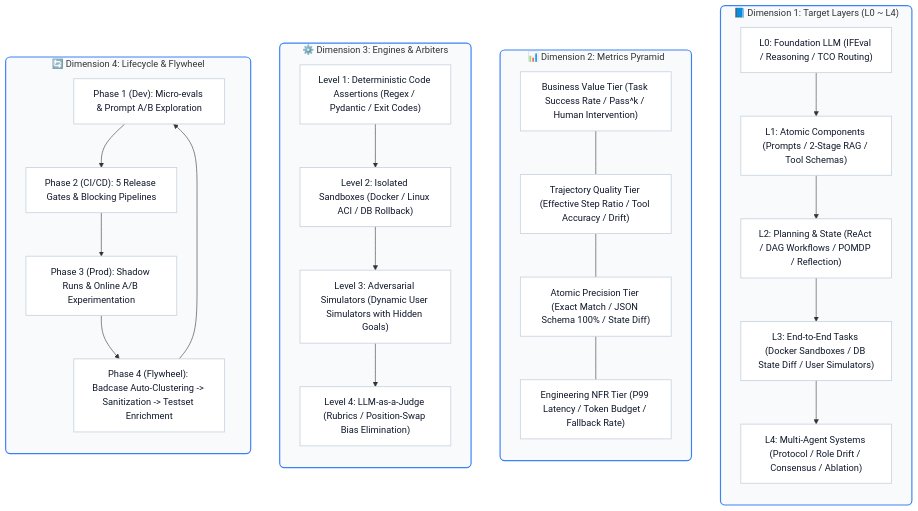
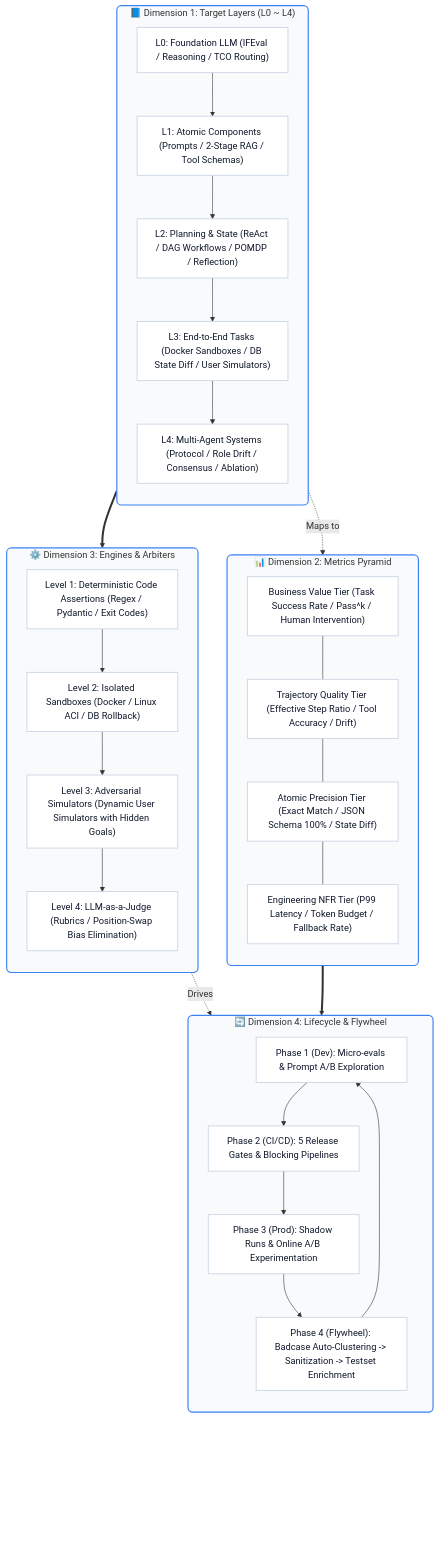
One commit to Anlon-27/awesome-agent-eval changed the diagram in README_EN.md. Above: the diagram before and after it, drawn with Mermaid. The commit also changed 2 other files, not shown here.

Commit message:
style(docs): Add bottom-right safe padding to Mermaid diagrams to prevent GitHub zoom controls occlusion

````diff
--- a/README_EN.md
+++ b/README_EN.md
@@ -28,50 +28,60 @@
 ```mermaid
 flowchart TD
     classDef stageBox fill:#f8fafc,stroke:#3b82f6,stroke-width:2px,rx:8px,ry:8px;
     classDef stepNode fill:#ffffff,stroke:#cbd5e1,stroke-width:1.5px,color:#0f172a;
 
     subgraph D1["📘 Dimension 1: Target Layers (L0 ~ L4)"]
         direction TB
         L0["L0: Foundation LLM (IFEval / Reasoning / TCO Routing)"]
         L1["L1: Atomic Components (Prompts / 2-Stage RAG / Tool Schemas)"]
         L2["L2: Planning & State (ReAct / DAG Workflows / POMDP / Reflection)"]
         L3["L3: End-to-End Tasks (Docker Sandboxes / DB State Diff / User Simulators)"]
         L4["L4: Multi-Agent Systems (Protocol / Role Drift / Consensus / Ablation)"]
         L0 --> L1 --> L2 --> L3 --> L4
     end
-    class D1 stageBox;
-    class L0,L1,L2,L3,L4 stepNode;
 
     subgraph D2["📊 Dimension 2: Metrics Pyramid"]
         direction TB
         M1["Business Value Tier (Task Success Rate / Pass^k / Human Intervention)"]
         M2["Trajectory Quality Tier (Effective Step Ratio / Tool Accuracy / Drift)"]
         M3["Atomic Precision Tier (Exact Match / JSON Schema 100% / State Diff)"]
         M4["Engineering NFR Tier (P99 Latency / Token Budget / Fallback Rate)"]
         M1 --- M2 --- M3 --- M4
     end
-    class D2 stageBox;
-    class M1,M2,M3,M4 stepNode;
 
     subgraph D3["⚙️ Dimension 3: Engines & Arbiters"]
         direction TB
         E1["Level 1: Deterministic Code Assertions (Regex / Pydantic / Exit Codes)"]
         E2["Level 2: Isolated Sandboxes (Docker / Linux ACI / DB Rollback)"]
         E3["Level 3: Adversarial Simulators (Dynamic User Simulators with Hidden Goals)"]
         E4["Level 4: LLM-as-a-Judge (Rubrics / Position-Swap Bias Elimination)"]
         E1 --> E2 --> E3 --> E4
     end
-    class D3 stageBox;
-    class E1,E2,E3,E4 stepNode;
 
     subgraph D4["🔄 Dimension 4: Lifecycle & Flywheel"]
         direction TB
         P1["Phase 1 (Dev): Micro-evals & Prompt A/B Exploration"]
         P2["Phase 2 (CI/CD): 5 Release Gates & Blocking Pipelines"]
         P3["Phase 3 (Prod): Shadow Runs & Online A/B Experimentation"]
         P4["Phase 4 (Flywheel): Badcase Auto-Clustering -> Sanitization -> Testset Enrichment"]
         P1 --> P2 --> P3 --> P4 --> P1
     end
-    class D4 stageBox;
-    class P1,P2,P3,P4 stepNode;
+
+    D1 -. "Maps to" .-> D2
+    D3 -. "Drives" .-> D4
+    D1 ==> D3
+    D2 ==> D4
+
+    %% Safe bottom padding: Prevents GitHub floating zoom controller from occluding diagram nodes
+    subgraph SafePadding[" "]
+        direction LR
+        padNode["&nbsp;<br>&nbsp;<br>&nbsp;"]
+    end
+    style SafePadding fill:transparent,stroke:transparent;
+    style padNode fill:transparent,stroke:transparent,color:transparent;
+    D3 ~~~ SafePadding
+    D4 ~~~ SafePadding
+
+    class D1,D2,D3,D4 stageBox;
+    class L0,L1,L2,L3,L4,M1,M2,M3,M4,E1,E2,E3,E4,P1,P2,P3,P4 stepNode;
 ```
````
